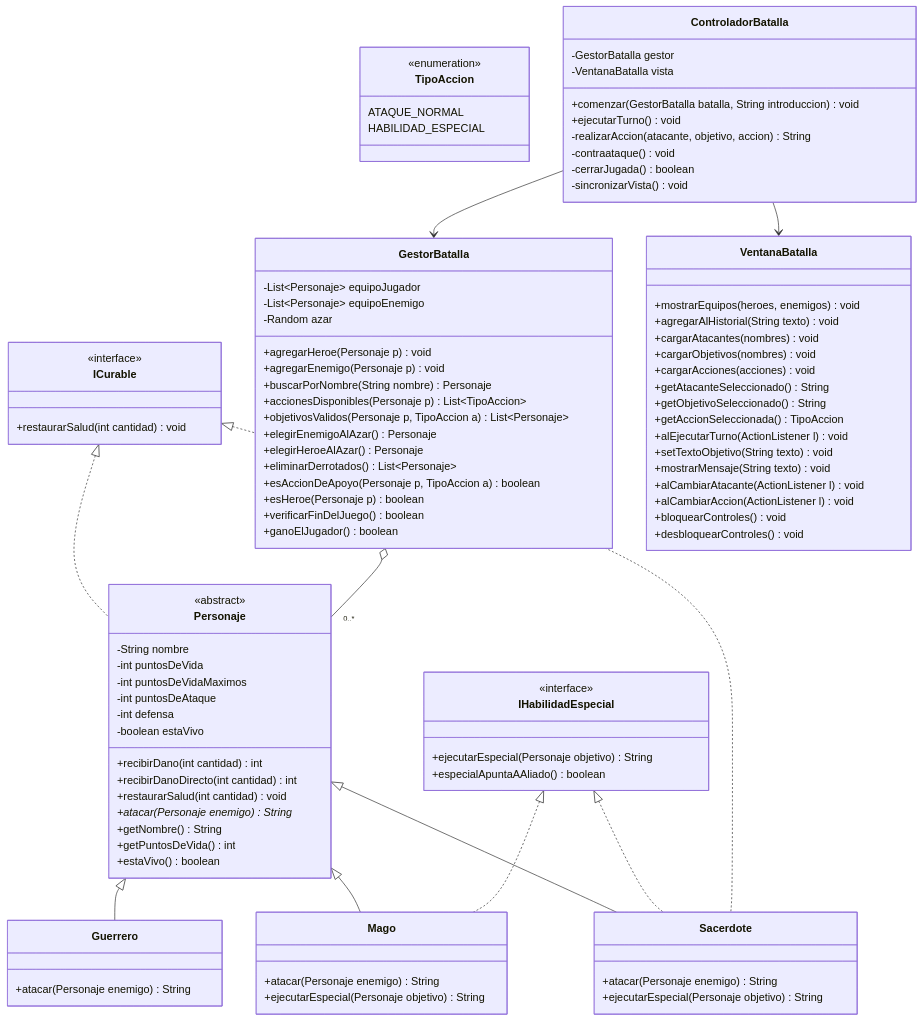
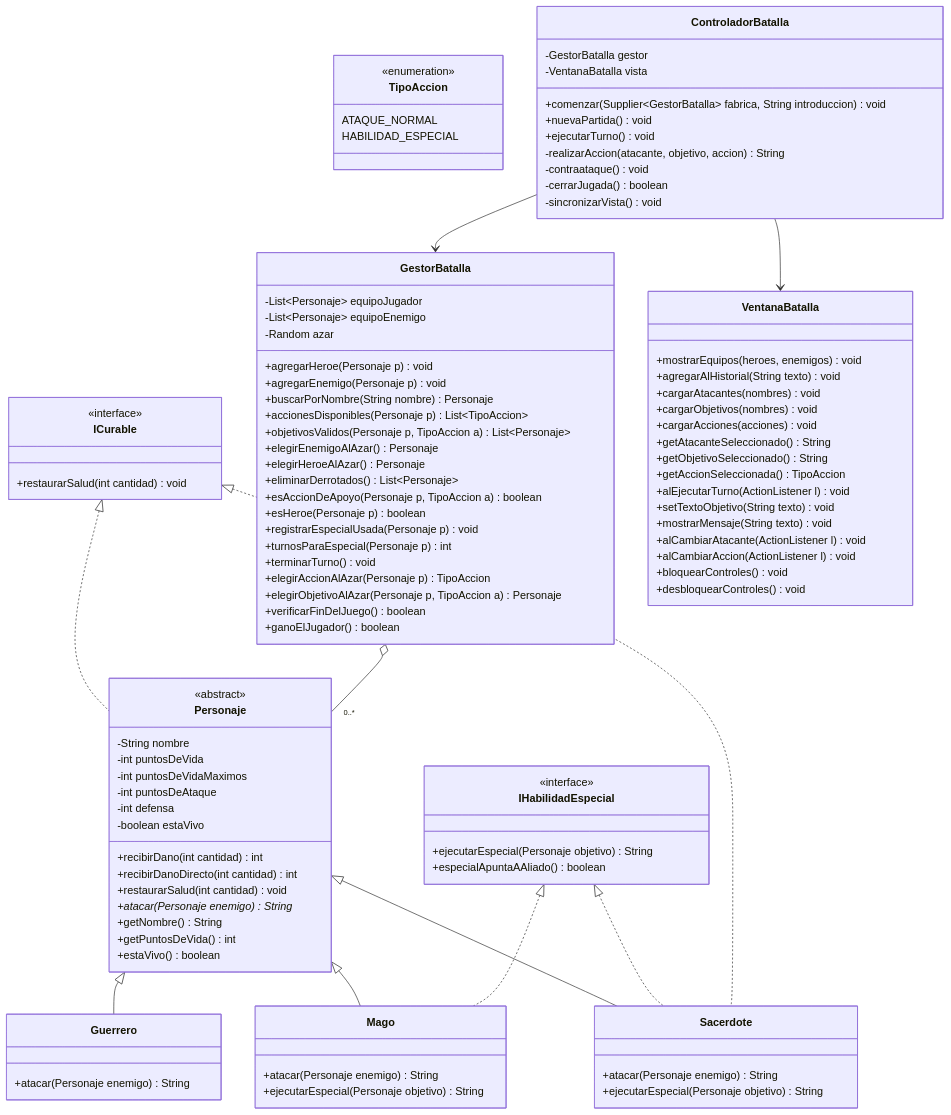
Before and after one commit to SJfigueroaV/Arena: the first of 2 diagrams in docs/diseno.md, drawn with Mermaid. The commit also changed other lines of this file and 8 other files, not shown here.

Commit message:
Recarga de la habilidad especial, jugadas del enemigo y nueva partida

```diff
--- a/docs/diseno.md
+++ b/docs/diseno.md
@@ -70,6 +70,11 @@
         +eliminarDerrotados() List~Personaje~
         +esAccionDeApoyo(Personaje p, TipoAccion a) boolean
         +esHeroe(Personaje p) boolean
+        +registrarEspecialUsada(Personaje p) void
+        +turnosParaEspecial(Personaje p) int
+        +terminarTurno() void
+        +elegirAccionAlAzar(Personaje p) TipoAccion
+        +elegirObjetivoAlAzar(Personaje p, TipoAccion a) Personaje
         +verificarFinDelJuego() boolean
         +ganoElJugador() boolean
     }
@@ -95,7 +100,8 @@
     class ControladorBatalla {
         -GestorBatalla gestor
         -VentanaBatalla vista
-        +comenzar(GestorBatalla batalla, String introduccion) void
+        +comenzar(Supplier~GestorBatalla~ fabrica, String introduccion) void
+        +nuevaPartida() void
         +ejecutarTurno() void
         -realizarAccion(atacante, objetivo, accion) String
         -contraataque() void
```
